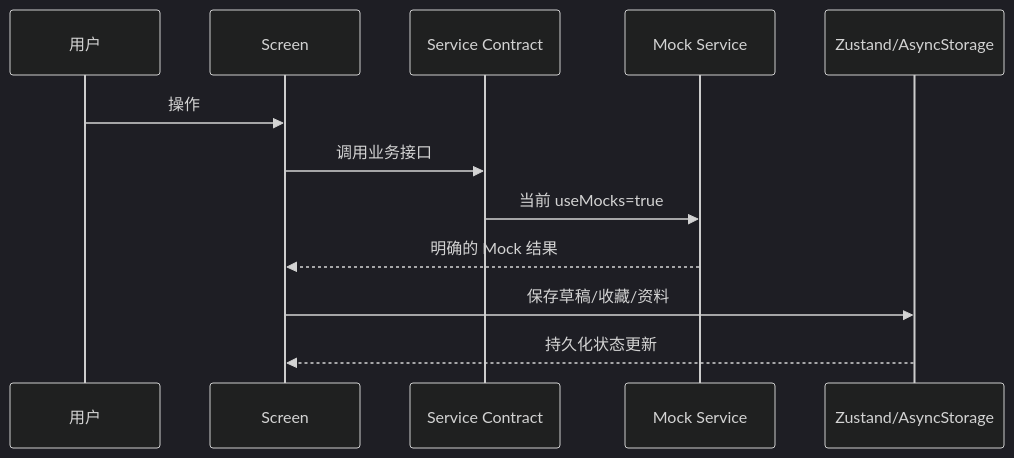
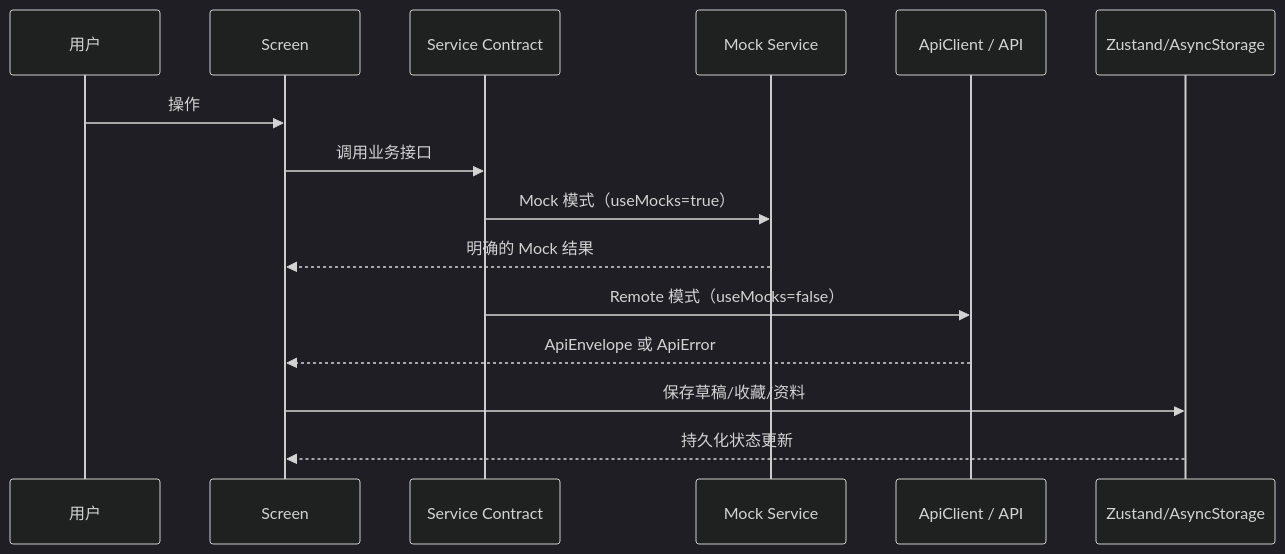
The third of 3 diagrams in debao-mobile/docs/ARCHITECTURE.md (Ryan-0919/debaoapp), drawn with Mermaid (dark theme) before and after one commit. The commit also changed other lines of this file and 477 other files, not shown here.

````diff
--- a/debao-mobile/docs/ARCHITECTURE.md
+++ b/debao-mobile/docs/ARCHITECTURE.md
@@ -53,14 +53,17 @@
 ```mermaid
 sequenceDiagram
   participant U as 用户
   participant S as Screen
   participant V as Service Contract
   participant M as Mock Service
+  participant A as ApiClient / API
   participant Z as Zustand/AsyncStorage
   U->>S: 操作
   S->>V: 调用业务接口
-  V->>M: 当前 useMocks=true
+  V->>M: Mock 模式（useMocks=true）
   M-->>S: 明确的 Mock 结果
+  V->>A: Remote 模式（useMocks=false）
+  A-->>S: ApiEnvelope 或 ApiError
   S->>Z: 保存草稿/收藏/资料
   Z-->>S: 持久化状态更新
 ```
````
